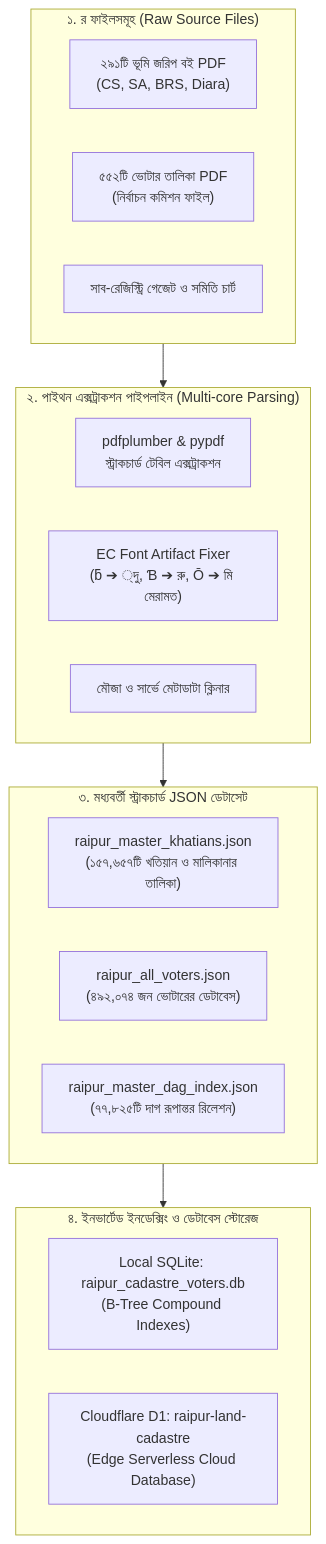
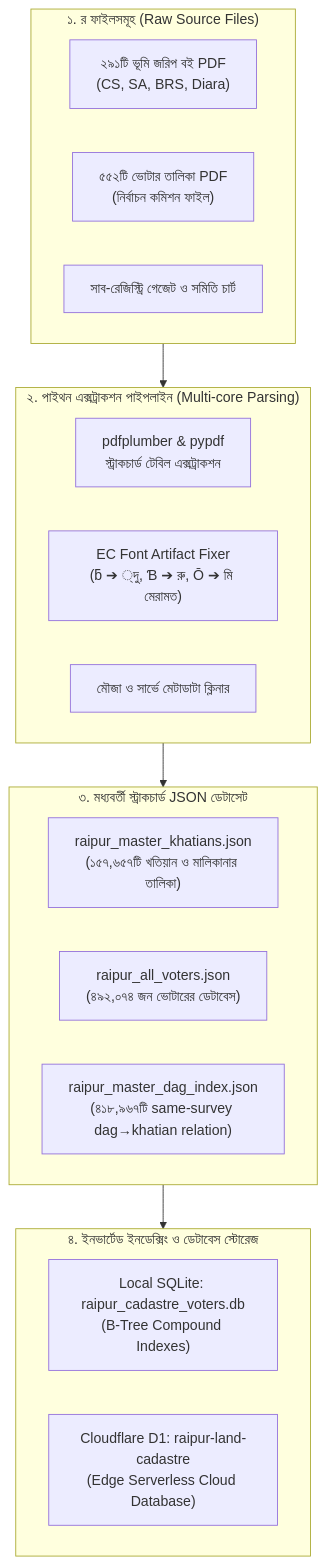
The diagram in PROJECT_DOCUMENTATION.md (Supremeai-bd/Land-bd), drawn with Mermaid before and after one commit. The commit also changed other lines of this file and 19 other files, not shown here.

````diff
--- a/PROJECT_DOCUMENTATION.md
+++ b/PROJECT_DOCUMENTATION.md
@@ -37,29 +41,29 @@
 ```mermaid
 flowchart TD
     subgraph RawData["১. র ফাইলসমূহ (Raw Source Files)"]
         R1["২৯১টি ভূমি জরিপ বই PDF<br/>(CS, SA, BRS, Diara)"]
         R2["৫৫২টি ভোটার তালিকা PDF<br/>(নির্বাচন কমিশন ফাইল)"]
         R3["সাব-রেজিস্ট্রি গেজেট ও সমিতি চার্ট"]
     end
 
     subgraph Extractor["২. পাইথন এক্সট্রাকশন পাইপলাইন (Multi-core Parsing)"]
         E1["pdfplumber & pypdf<br/>স্ট্রাকচার্ড টেবিল এক্সট্রাকশন"]
         E2["EC Font Artifact Fixer<br/>(ƃ ➔ ্দু, Ɓ ➔ রু, Ō ➔ মি মেরামত)"]
         E3["মৌজা ও সার্ভে মেটাডাটা ক্লিনার"]
     end
 
     subgraph Intermediate["৩. মধ্যবর্তী স্ট্রাকচার্ড JSON ডেটাসেট"]
         J1["raipur_master_khatians.json<br/>(১৫৭,৬৫৭টি খতিয়ান ও মালিকানার তালিকা)"]
         J2["raipur_all_voters.json<br/>(৪৯২,০৭৪ জন ভোটারের ডেটাবেস)"]
-        J3["raipur_master_dag_index.json<br/>(৭৭,৮২৫টি দাগ রূপান্তর রিলেশন)"]
+        J3["raipur_master_dag_index.json<br/>(৪১৮,৯৬৭টি same-survey dag→khatian relation)"]
     end
 
     subgraph DBEngine["৪. ইনভার্টেড ইনডেক্সিং ও ডেটাবেস স্টোরেজ"]
         D1["Local SQLite: raipur_cadastre_voters.db<br/>(B-Tree Compound Indexes)"]
         D2["Cloudflare D1: raipur-land-cadastre<br/>(Edge Serverless Cloud Database)"]
     end
 
     RawData --> Extractor
     Extractor --> Intermediate
     Intermediate --> DBEngine
 ```
````
